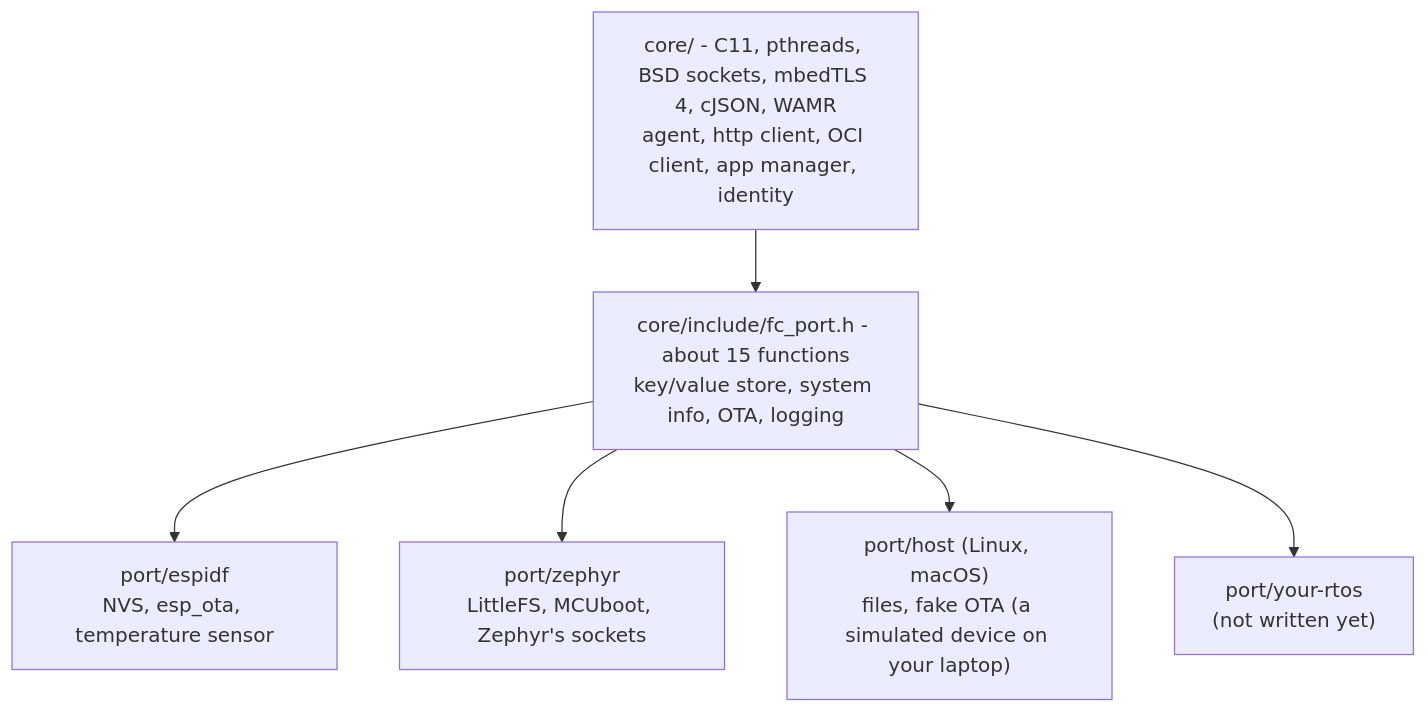
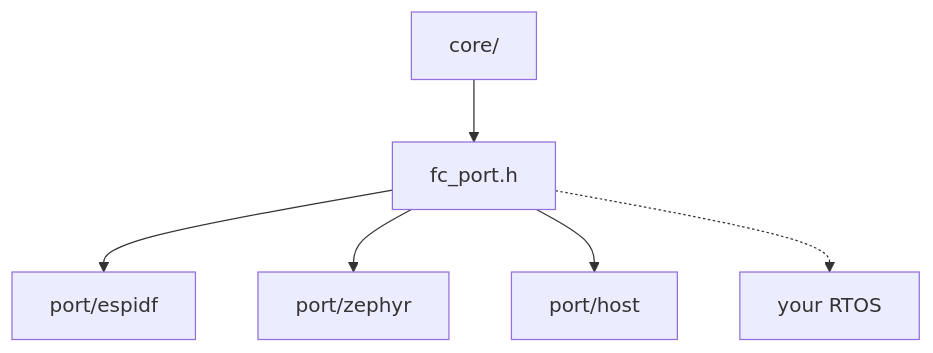
The second of 3 diagrams in README.md (francescopace/flightctl-mcu), drawn with Mermaid before and after one commit. The commit also changed other lines of this file and 7 other files, not shown here.

````diff
--- a/README.md
+++ b/README.md
@@ -69,14 +56,8 @@
 ```mermaid
 flowchart TB
-  core["core/ - C11, pthreads, BSD sockets, mbedTLS 4, cJSON, WAMR<br/>agent, http client, OCI client, app manager, identity"]
-  port["core/include/fc_port.h - about 15 functions<br/>key/value store, system info, OTA, logging"]
-  esp["port/espidf<br/>NVS, esp_ota, temperature sensor"]
-  zephyr["port/zephyr<br/>LittleFS, MCUboot, Zephyr's sockets"]
-  host["port/host (Linux, macOS)<br/>files, fake OTA (a simulated device on your laptop)"]
-  other["port/your-rtos<br/>(not written yet)"]
-  core --> port
-  port --> esp
-  port --> zephyr
-  port --> host
-  port --> other
+  core["core/"] --> port["fc_port.h"]
+  port --> esp["port/espidf"]
+  port --> zephyr["port/zephyr"]
+  port --> host["port/host"]
+  port -.-> other["your RTOS"]
 ```
````
